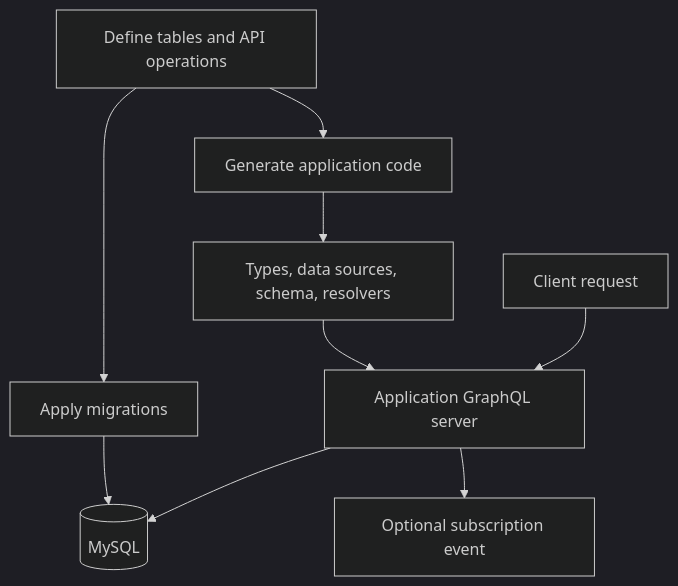
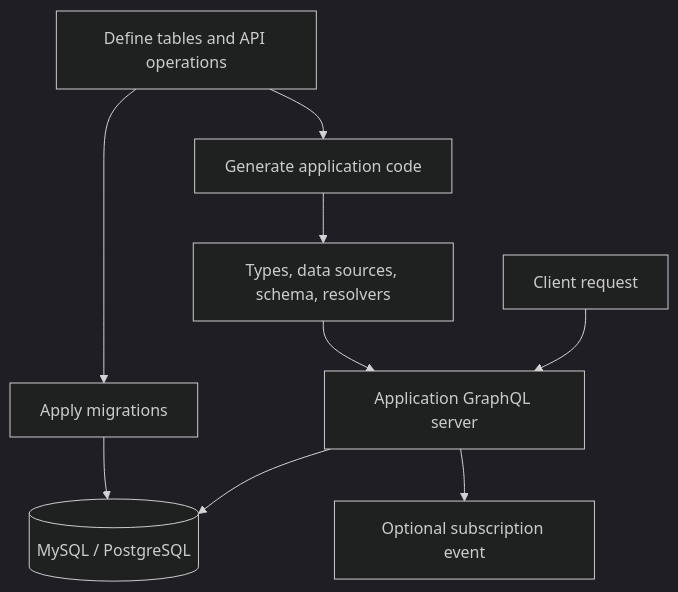
One commit to nin138/sasat changed the diagram in docs/architecture.md. Above: the diagram before and after it, drawn with Mermaid (dark theme). The commit also changed 56 other files, not shown here.

````diff
--- a/docs/architecture.md
+++ b/docs/architecture.md
@@ -33,11 +33,11 @@
 ```mermaid
 flowchart TD
   Definition[Define tables and API operations] --> Migrate[Apply migrations]
   Definition --> Generate[Generate application code]
-  Migrate --> DB[(MySQL)]
+  Migrate --> DB[(MySQL / PostgreSQL)]
   Generate --> Code[Types, data sources, schema, resolvers]
   Code --> Server[Application GraphQL server]
   Request[Client request] --> Server
   Server --> DB
   Server --> Event[Optional subscription event]
 ```
````
